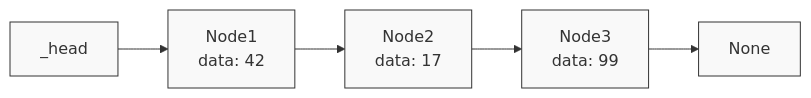
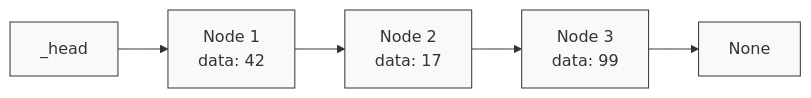
One commit to Algorithmology/www.algorithmology.org changed the diagram in slides/weeknine/index.qmd. Above: the diagram before and after it, drawn with Mermaid. The commit also changed other lines of this file, not shown here.

Commit message:
feat: Add more details to the slides/weeknine/index.qmd about linked lists.

````diff
--- a/slides/weeknine/index.qmd
+++ b/slides/weeknine/index.qmd
@@ -64,16 +66,17 @@
 ```{mermaid}
 %%| echo: false
-%%| fig-width: 18
+%%| fig-cap: "A linked list with three data-containing nodes"
+%%| scale: 200
 graph LR
-    Head["_head"] --> Node1["Node1<br>data: 42"]
-    Node1 --> Node2["Node2<br>data: 17"]
-    Node2 --> Node3["Node3<br>data: 99"]
+    Head["_head"] --> Node1["Node 1<br>data: 42"]
+    Node1 --> Node2["Node 2<br>data: 17"]
+    Node2 --> Node3["Node 3<br>data: 99"]
     Node3 --> Null["None"]
     
     classDef nodeStyle fill:#f9f9f9,stroke:#333,stroke-width:1px
     classDef nullStyle fill:#f0f0f0,stroke:#999,stroke-dasharray: 5 5
     
     class Node1,Node2,Node3 nodeStyle
     class Null nodeStyle
     class Head nodeStyle
 ```
````
